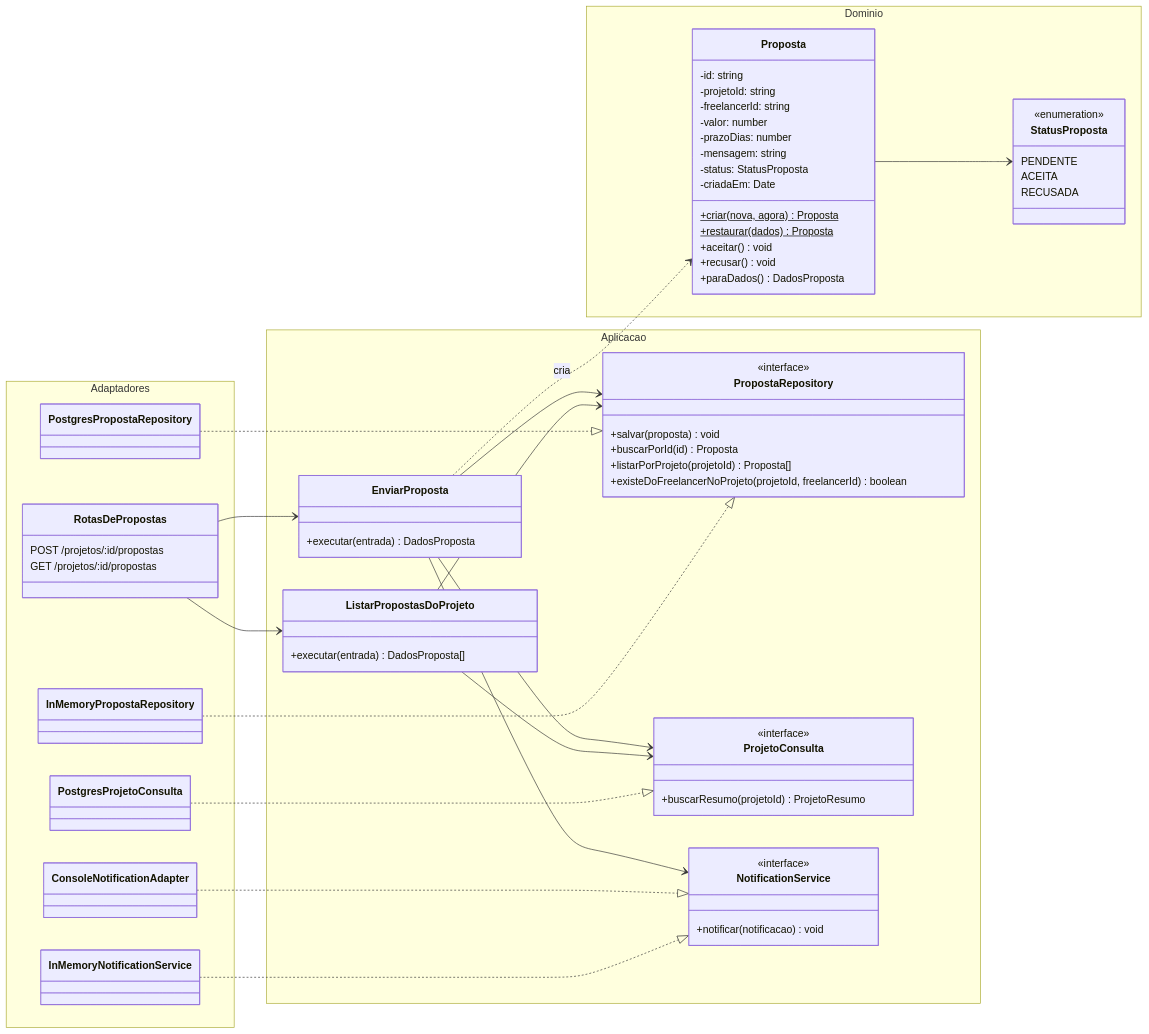
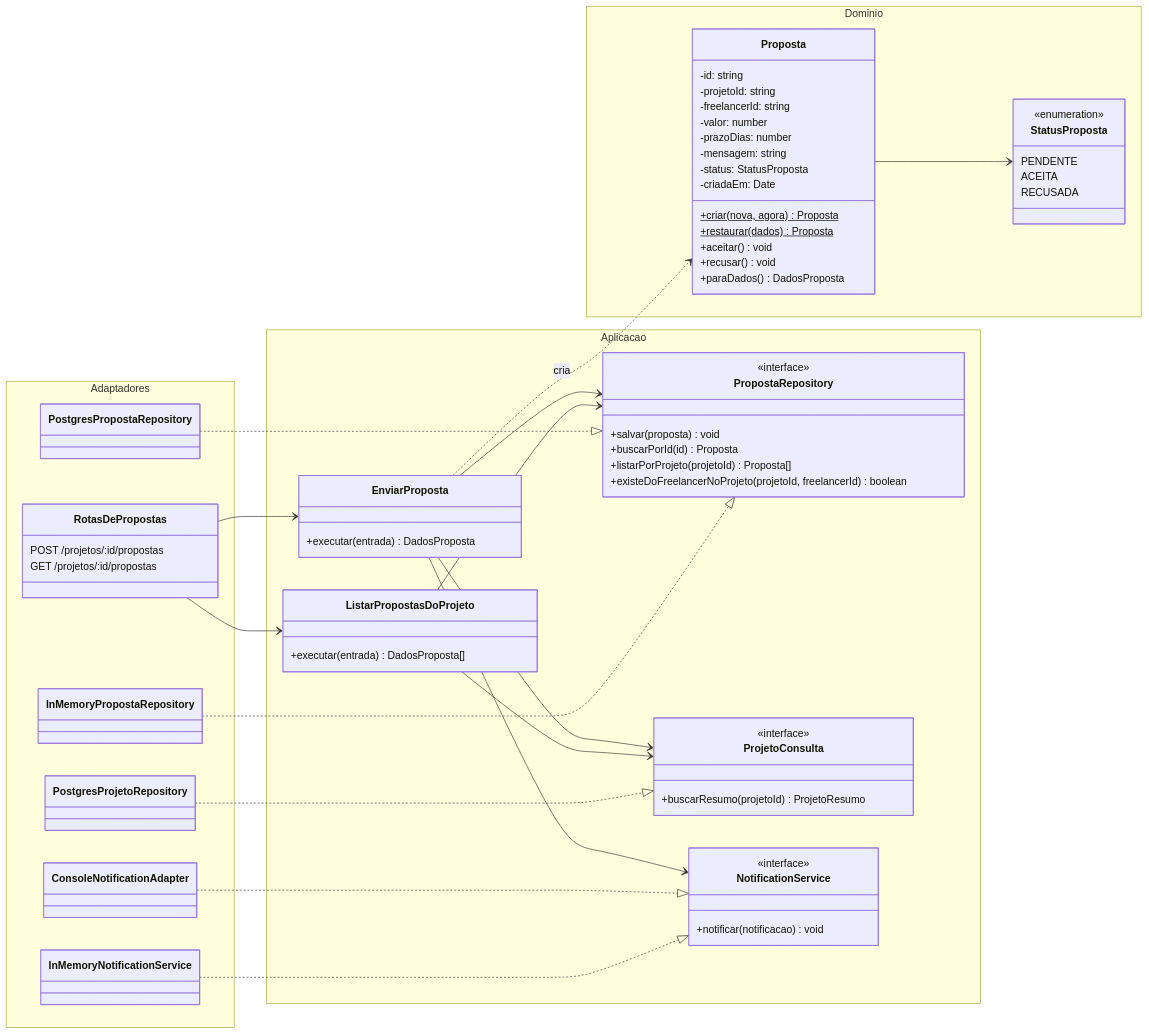
The diagram in docs/c4/codigo/propostas-notificacoes.md (VictorVeras7/FreelaHub), drawn with Mermaid before and after one commit. The commit also changed other lines of this file and 6 other files, not shown here.

````diff
--- a/docs/c4/codigo/propostas-notificacoes.md
+++ b/docs/c4/codigo/propostas-notificacoes.md
@@ -5,80 +5,80 @@
 ```mermaid
 classDiagram
     direction LR
 
     namespace Dominio {
         class Proposta {
             -id: string
             -projetoId: string
             -freelancerId: string
             -valor: number
             -prazoDias: number
             -mensagem: string
             -status: StatusProposta
             -criadaEm: Date
             +criar(nova, agora)$ Proposta
             +restaurar(dados)$ Proposta
             +aceitar() void
             +recusar() void
             +paraDados() DadosProposta
         }
         class StatusProposta {
             <<enumeration>>
             PENDENTE
             ACEITA
             RECUSADA
         }
     }
 
     namespace Aplicacao {
         class EnviarProposta {
             +executar(entrada) DadosProposta
         }
         class ListarPropostasDoProjeto {
             +executar(entrada) DadosProposta[]
         }
         class PropostaRepository {
             <<interface>>
             +salvar(proposta) void
             +buscarPorId(id) Proposta
             +listarPorProjeto(projetoId) Proposta[]
             +existeDoFreelancerNoProjeto(projetoId, freelancerId) boolean
         }
         class ProjetoConsulta {
             <<interface>>
             +buscarResumo(projetoId) ProjetoResumo
         }
         class NotificationService {
             <<interface>>
             +notificar(notificacao) void
         }
     }
 
     namespace Adaptadores {
         class RotasDePropostas {
             POST /projetos/:id/propostas
             GET /projetos/:id/propostas
         }
         class PostgresPropostaRepository
-        class PostgresProjetoConsulta
+        class PostgresProjetoRepository
         class ConsoleNotificationAdapter
         class InMemoryPropostaRepository
         class InMemoryNotificationService
     }
 
     Proposta --> StatusProposta
     RotasDePropostas --> EnviarProposta
     RotasDePropostas --> ListarPropostasDoProjeto
     EnviarProposta --> ProjetoConsulta
     EnviarProposta --> PropostaRepository
     EnviarProposta --> NotificationService
     EnviarProposta ..> Proposta : cria
     ListarPropostasDoProjeto --> ProjetoConsulta
     ListarPropostasDoProjeto --> PropostaRepository
 
     PostgresPropostaRepository ..|> PropostaRepository
     InMemoryPropostaRepository ..|> PropostaRepository
-    PostgresProjetoConsulta ..|> ProjetoConsulta
+    PostgresProjetoRepository ..|> ProjetoConsulta
     ConsoleNotificationAdapter ..|> NotificationService
     InMemoryNotificationService ..|> NotificationService
 ```
````
